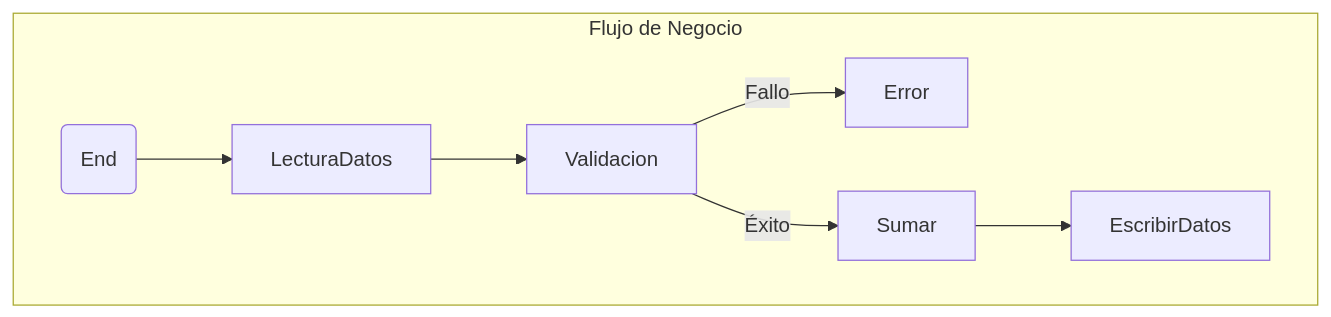
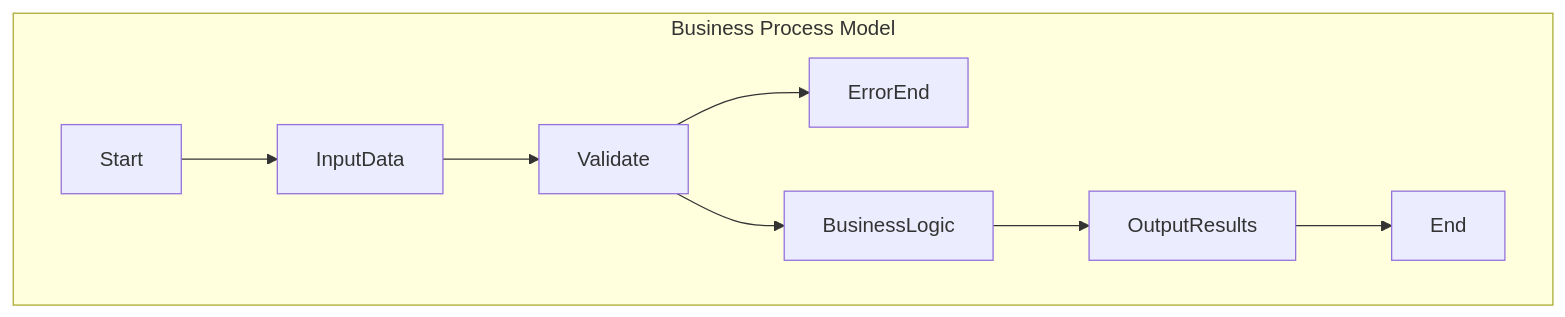
The diagram in SumaProject/docs/diagrama.mmd (natperh/newCodes), drawn with Mermaid before and after one commit. The commit also changed 3 other files, not shown here.

```diff
--- a/SumaProject/docs/diagrama.mmd
+++ b/SumaProject/docs/diagrama.mmd
@@ -1,9 +1,9 @@
 graph TD
-    subgraph "Flujo de Negocio"
-        id(Start) --> LecturaDatos
-        LecturaDatos --> Validacion
-        Validacion -->| Fallo | Error
-        Validacion -->| Éxito | Sumar
-        Sumar --> EscribirDatos
-        id(End)
-    end
+  subgraph "Business Process Model"
+    Start --> InputData
+    InputData --> Validate
+    Validate --> ErrorEnd
+    Validate --> BusinessLogic
+    BusinessLogic --> OutputResults
+    OutputResults --> End
+  end
```
